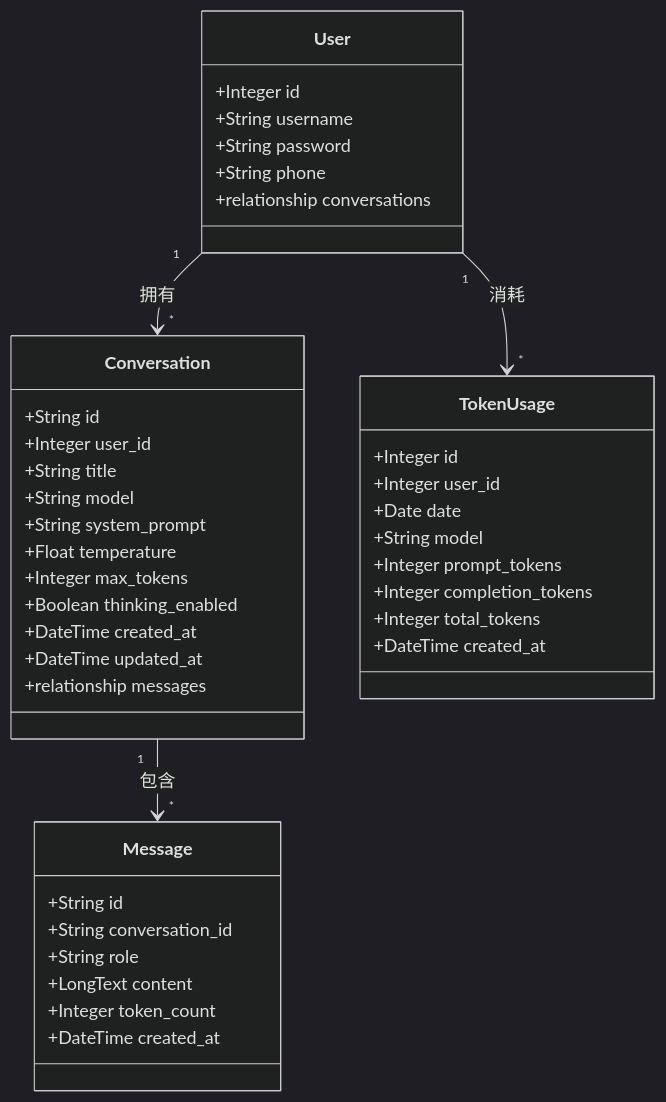
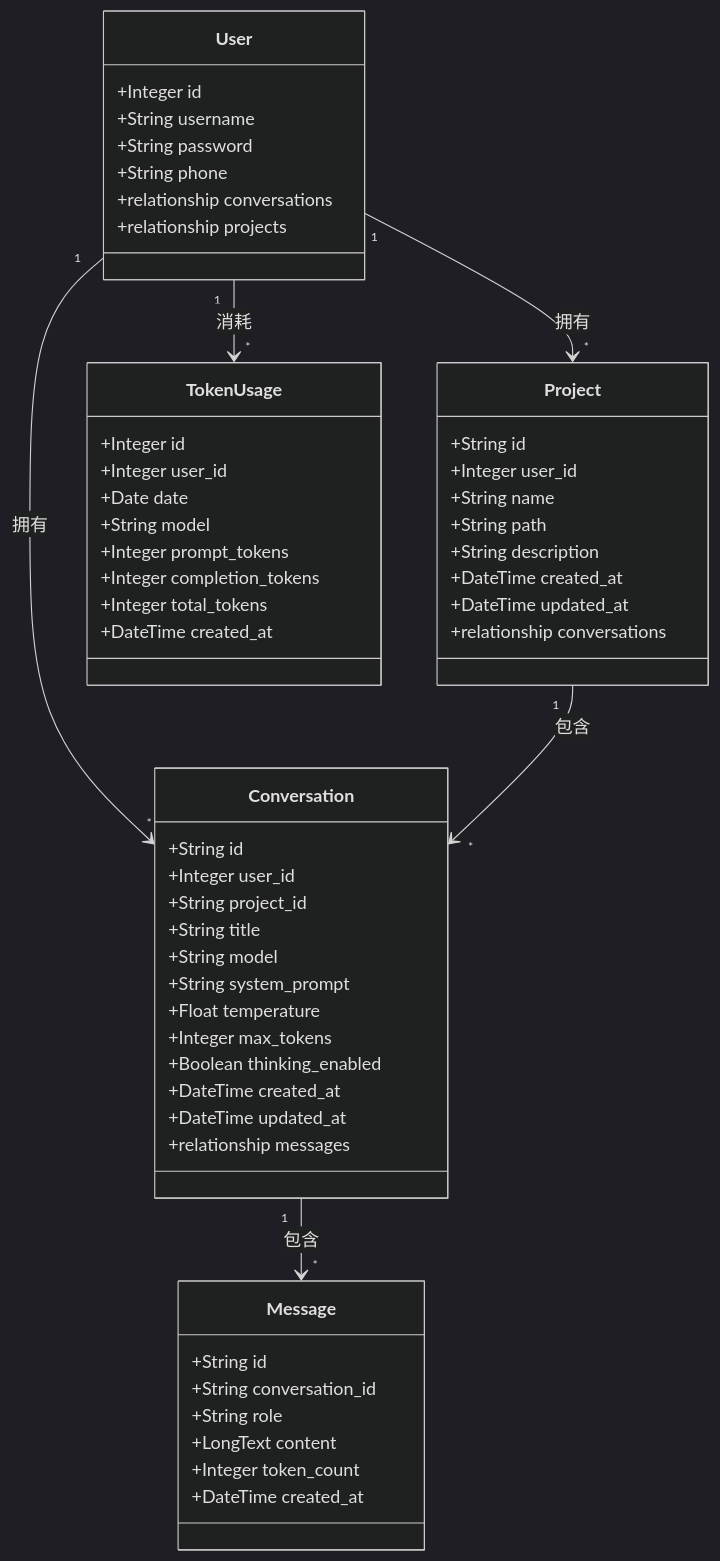
One commit to ViperEkura/nanoClaw changed the second of 4 diagrams in docs/Design.md. Above: the diagram before and after it, drawn with Mermaid (dark theme). The commit also changed other lines of this file and 19 other files, not shown here.

````diff
--- a/docs/Design.md
+++ b/docs/Design.md
@@ -80,50 +85,65 @@
 ```mermaid
 classDiagram
     direction TB
 
     class User {
         +Integer id
         +String username
         +String password
         +String phone
         +relationship conversations
+        +relationship projects
+    }
+
+    class Project {
+        +String id
+        +Integer user_id
+        +String name
+        +String path
+        +String description
+        +DateTime created_at
+        +DateTime updated_at
+        +relationship conversations
     }
 
     class Conversation {
         +String id
         +Integer user_id
+        +String project_id
         +String title
         +String model
         +String system_prompt
         +Float temperature
         +Integer max_tokens
         +Boolean thinking_enabled
         +DateTime created_at
         +DateTime updated_at
         +relationship messages
     }
 
     class Message {
         +String id
         +String conversation_id
         +String role
         +LongText content
         +Integer token_count
         +DateTime created_at
     }
 
     class TokenUsage {
         +Integer id
         +Integer user_id
         +Date date
         +String model
         +Integer prompt_tokens
         +Integer completion_tokens
         +Integer total_tokens
         +DateTime created_at
     }
 
     User "1" --> "*" Conversation : 拥有
+    User "1" --> "*" Project : 拥有
+    Project "1" --> "*" Conversation : 包含
     Conversation "1" --> "*" Message : 包含
     User "1" --> "*" TokenUsage : 消耗
 ```
````
